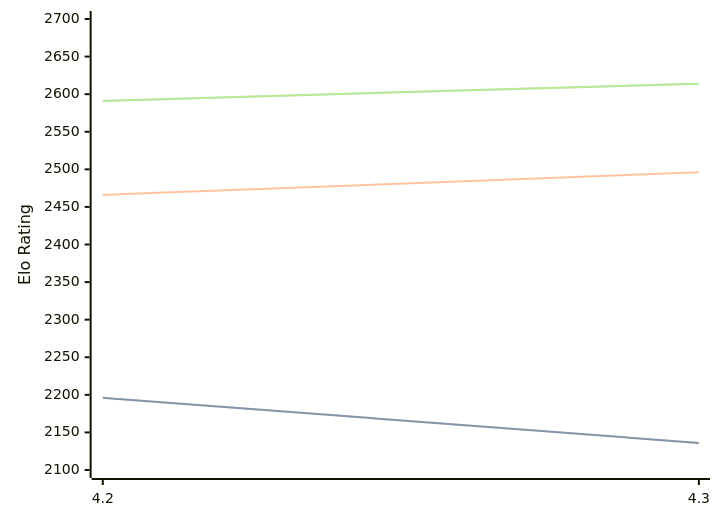
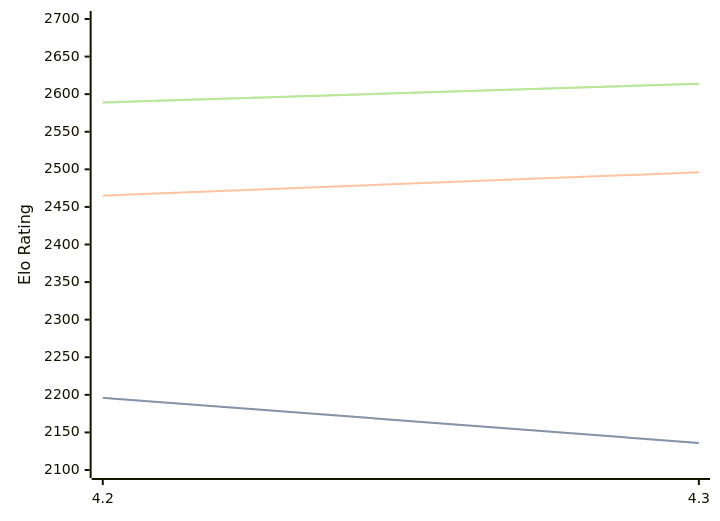
The diagram in engines/Eubos.md (computer-chess-index/cci), drawn with Mermaid before and after one commit. The commit also changed other lines of this file, not shown here.

Commit message:
Update CCI Ratings (ELO VLTC) - 2026-04-21

````diff
--- a/engines/Eubos.md
+++ b/engines/Eubos.md
@@ -88,11 +88,11 @@
 ```mermaid
 %%{init: {"theme":"base","themeVariables":{"seriesColors:['#a3a3a3','#222221','#faa371']}}}%%
 xychart-beta
   x-axis ["4.2", "4.3"]
   y-axis "Elo Rating" 2100 --> 2700
   line "STC (8.0+0.08s)" [2196, 2136]
   line "STC (8.0+0.08s)" [2196, 2136]
-  line "LTC (60.0+0.60s)" [2466, 2496]
-  line "VLTC (2m24s+1.12s)" [2591, 2614]
-  line "VLTC (2m24s+1.12s)" [2591, 2614]
+  line "LTC (60.0+0.60s)" [2465, 2496]
+  line "VLTC (2m24s+1.12s)" [2589, 2614]
+  line "VLTC (2m24s+1.12s)" [2589, 2614]
 ```
````
